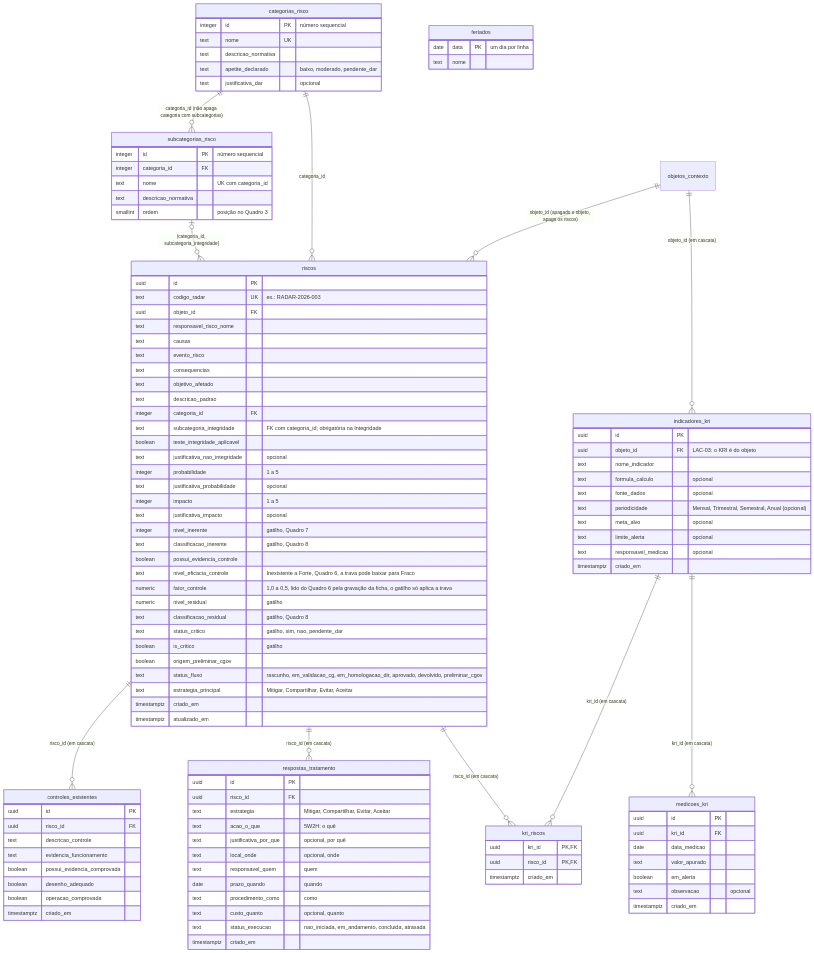
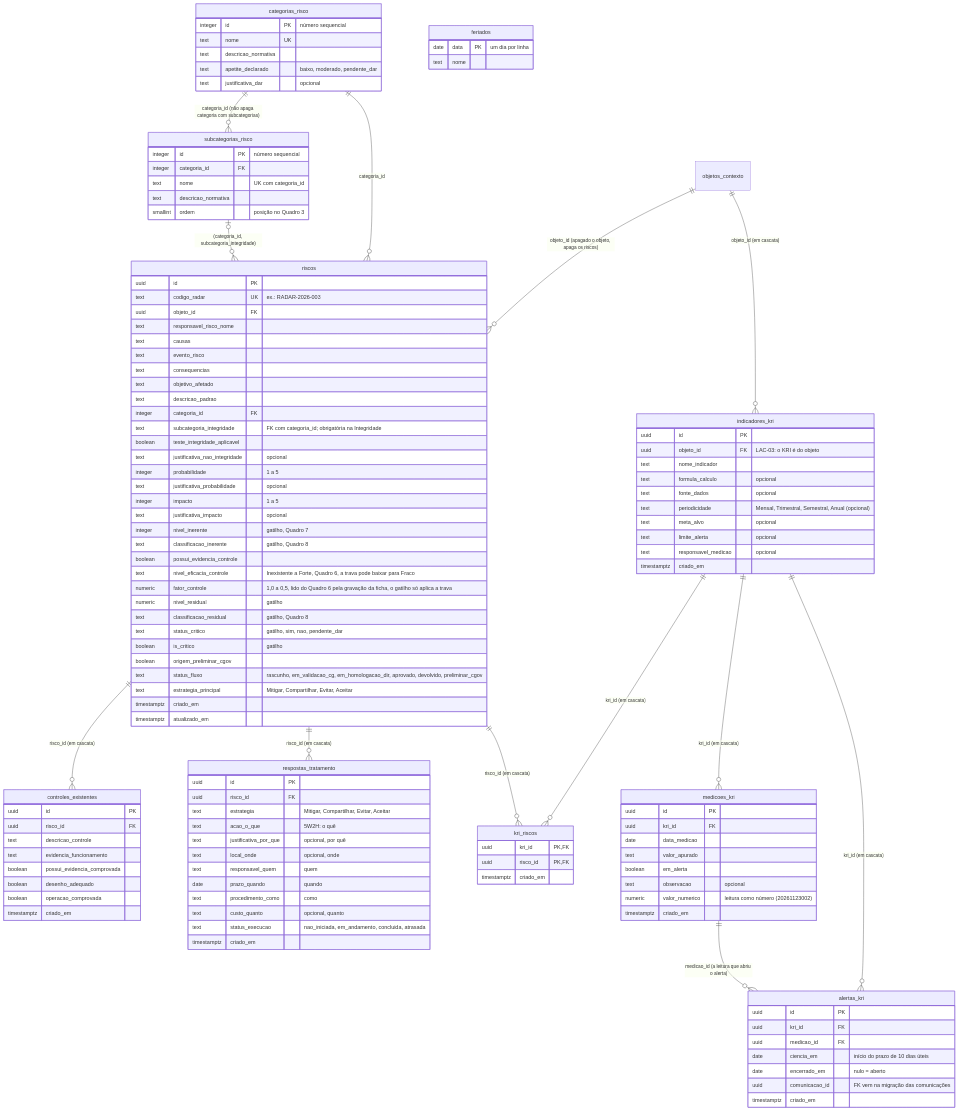
One commit to lpchagas/cgov-riscos changed the second of 3 diagrams in docs/40-nivel4-dados/der-logico.md. Above: the diagram before and after it, drawn with Mermaid. The commit also changed other lines of this file and 3 other files, not shown here.

Commit message:
feat(lac-03): o banco calcula o alerta do KRI e abre o prazo de 10 dias úteis

````diff
--- a/docs/40-nivel4-dados/der-logico.md
+++ b/docs/40-nivel4-dados/der-logico.md
@@ -206,6 +206,16 @@
         text valor_apurado
         boolean em_alerta
         text observacao "opcional"
+        numeric valor_numerico "leitura como número (20261123002)"
+        timestamptz criado_em
+    }
+    alertas_kri {
+        uuid id PK
+        uuid kri_id FK
+        uuid medicao_id FK
+        date ciencia_em "início do prazo de 10 dias úteis"
+        date encerrado_em "nulo = aberto"
+        uuid comunicacao_id "FK vem na migração das comunicações"
         timestamptz criado_em
     }
 
@@ -219,4 +229,6 @@
     indicadores_kri ||--o{ kri_riscos : "kri_id (em cascata)"
     riscos ||--o{ kri_riscos : "risco_id (em cascata)"
     indicadores_kri ||--o{ medicoes_kri : "kri_id (em cascata)"
+    indicadores_kri ||--o{ alertas_kri : "kri_id (em cascata)"
+    medicoes_kri ||--o{ alertas_kri : "medicao_id (a leitura que abriu o alerta)"
 ```
````
